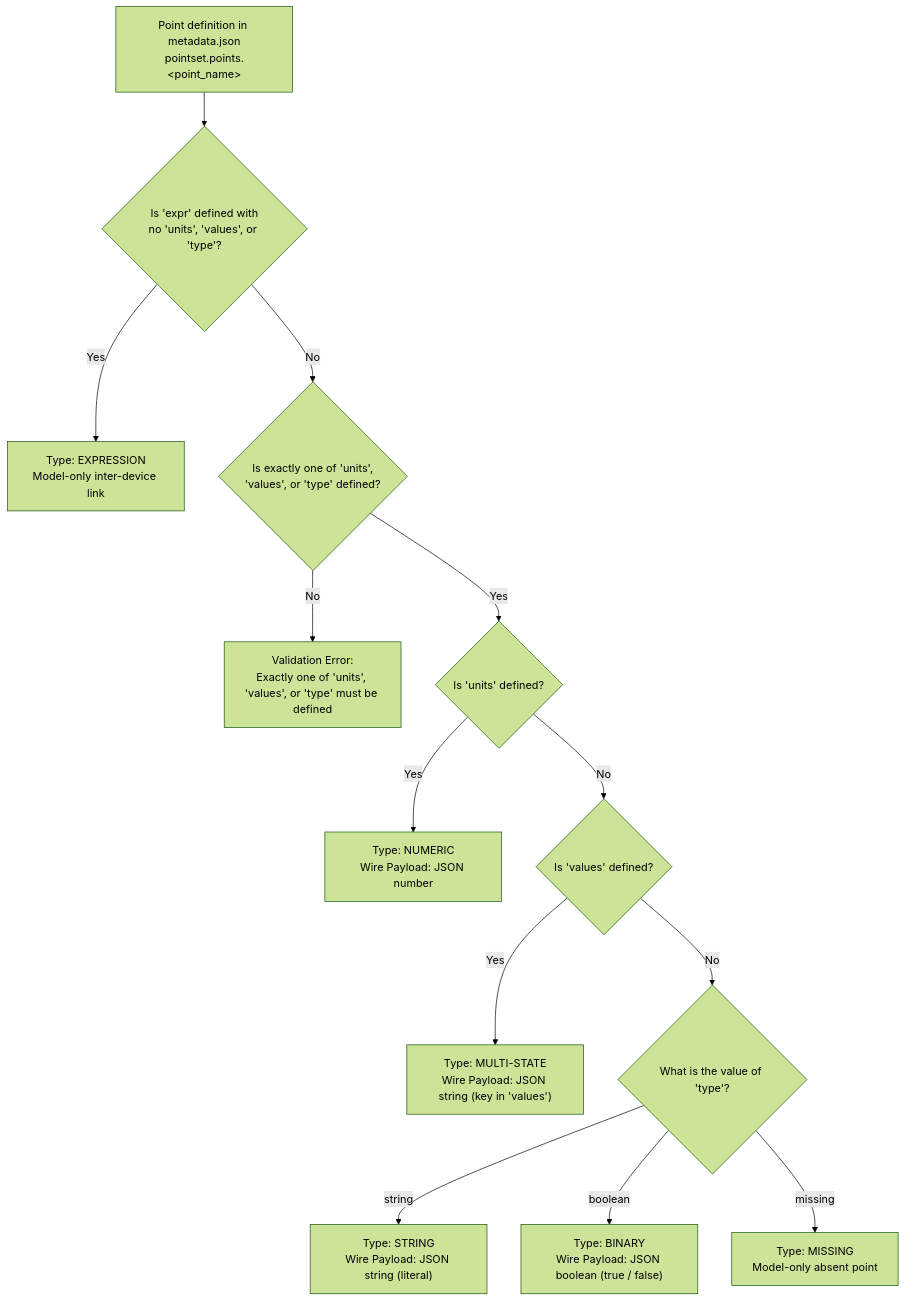
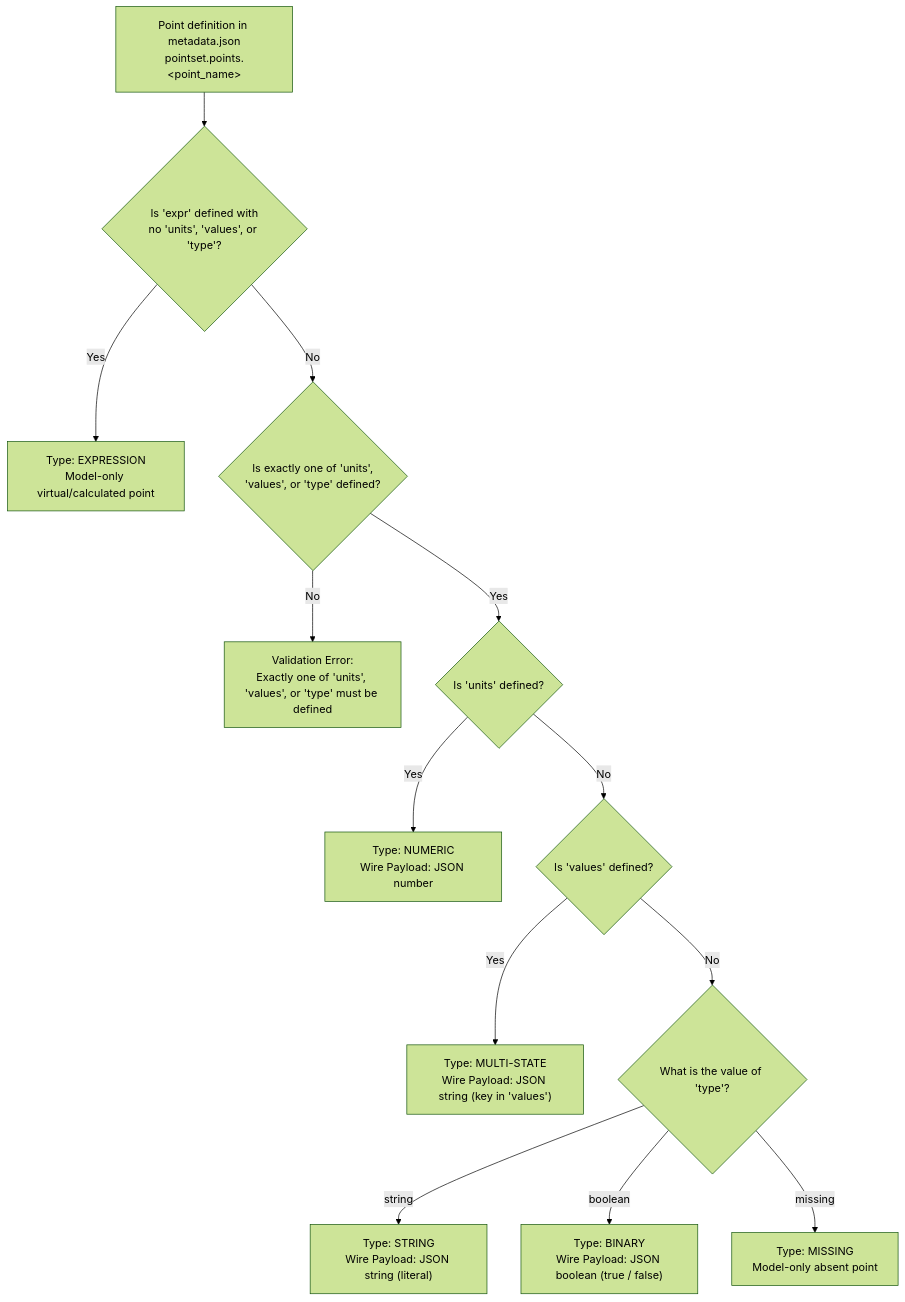
One commit to faucetsdn/udmi changed the diagram in docs/specs/point_typing.md. Above: the diagram before and after it, drawn with Mermaid (forest theme). The commit also changed other lines of this file and 11 other files, not shown here.

First line of the commit message:
Allow general expression strings in pointset point expr schema.

````diff
--- a/docs/specs/point_typing.md
+++ b/docs/specs/point_typing.md
@@ -23,15 +23,15 @@
 ```mermaid
 flowchart TD
     A["Point definition in metadata.json<br/>pointset.points.&lt;point_name&gt;"] --> EX{"Is 'expr' defined with<br/>no 'units', 'values', or 'type'?"}
-    EX -- Yes --> EXPR["Type: EXPRESSION<br/>Model-only inter-device link"]
+    EX -- Yes --> EXPR["Type: EXPRESSION<br/>Model-only virtual/calculated point"]
     EX -- No --> B{"Is exactly one of 'units',<br/>'values', or 'type' defined?"}
     B -- No --> ERR["Validation Error:<br/>Exactly one of 'units', 'values', or 'type' must be defined"]
     B -- Yes --> C{"Is 'units' defined?"}
     C -- Yes --> NUM["Type: NUMERIC<br/>Wire Payload: JSON number"]
     C -- No --> D{"Is 'values' defined?"}
     D -- Yes --> MS["Type: MULTI-STATE<br/>Wire Payload: JSON string (key in 'values')"]
     D -- No --> E{"What is the value of 'type'?"}
     E -- "string" --> STR["Type: STRING<br/>Wire Payload: JSON string (literal)"]
     E -- "boolean" --> BIN["Type: BINARY<br/>Wire Payload: JSON boolean (true / false)"]
     E -- "missing" --> MISS["Type: MISSING<br/>Model-only absent point"]
 ```
````
